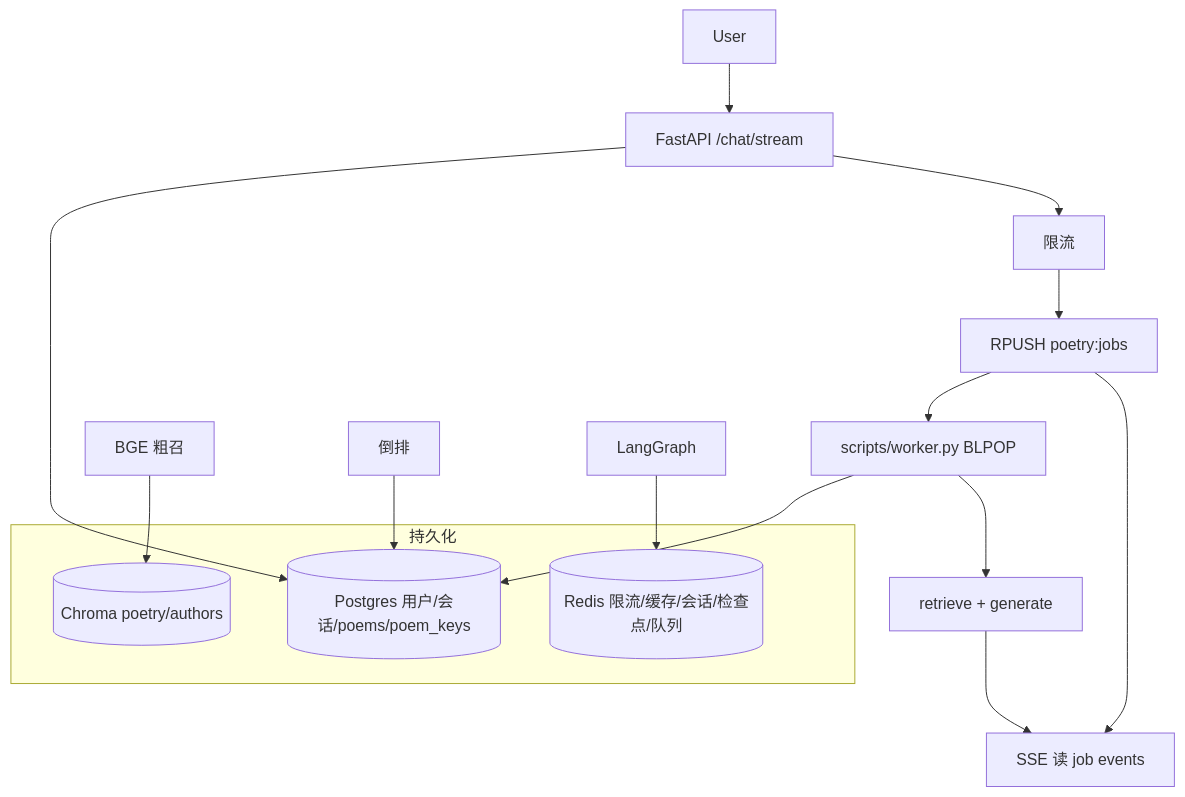
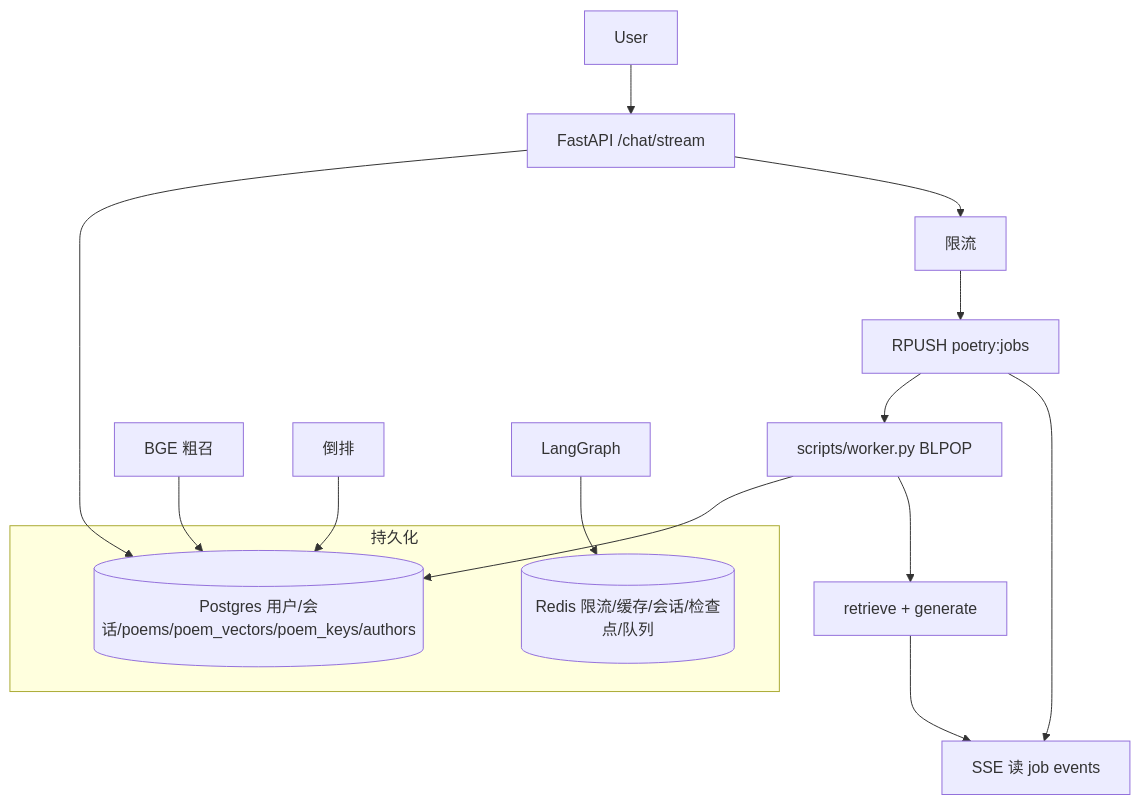
The second of 2 diagrams in README.md (15697405218/poetry-assistant), drawn with Mermaid before and after one commit. The commit also changed other lines of this file and 173 other files, not shown here.

First line of the commit message:
Switch retrieval from embedded Chroma to Postgres pgvector so API and worker share one HNSW index.

````diff
--- a/README.md
+++ b/README.md
@@ -33,20 +33,19 @@
 ```mermaid
 flowchart TB
     subgraph persist [持久化]
-      PG[(Postgres 用户/会话/poems/poem_keys)]
-      CH[(Chroma poetry/authors)]
+      PG[(Postgres 用户/会话/poems/poem_vectors/poem_keys/authors)]
       RD[(Redis 限流/缓存/会话/检查点/队列)]
     end
     User --> API[FastAPI /chat/stream]
     API --> RL[限流]
     RL --> Enq[RPUSH poetry:jobs]
     Enq --> SSE[SSE 读 job events]
     Enq --> W[scripts/worker.py BLPOP]
     W --> GPU[retrieve + generate]
     GPU --> SSE
     API --> PG
     W --> PG
-    Dual[BGE 粗召] --> CH
+    Dual[BGE 粗召] --> PG
     Idx[倒排] --> PG
     Agent[LangGraph] --> RD
 ```
````
